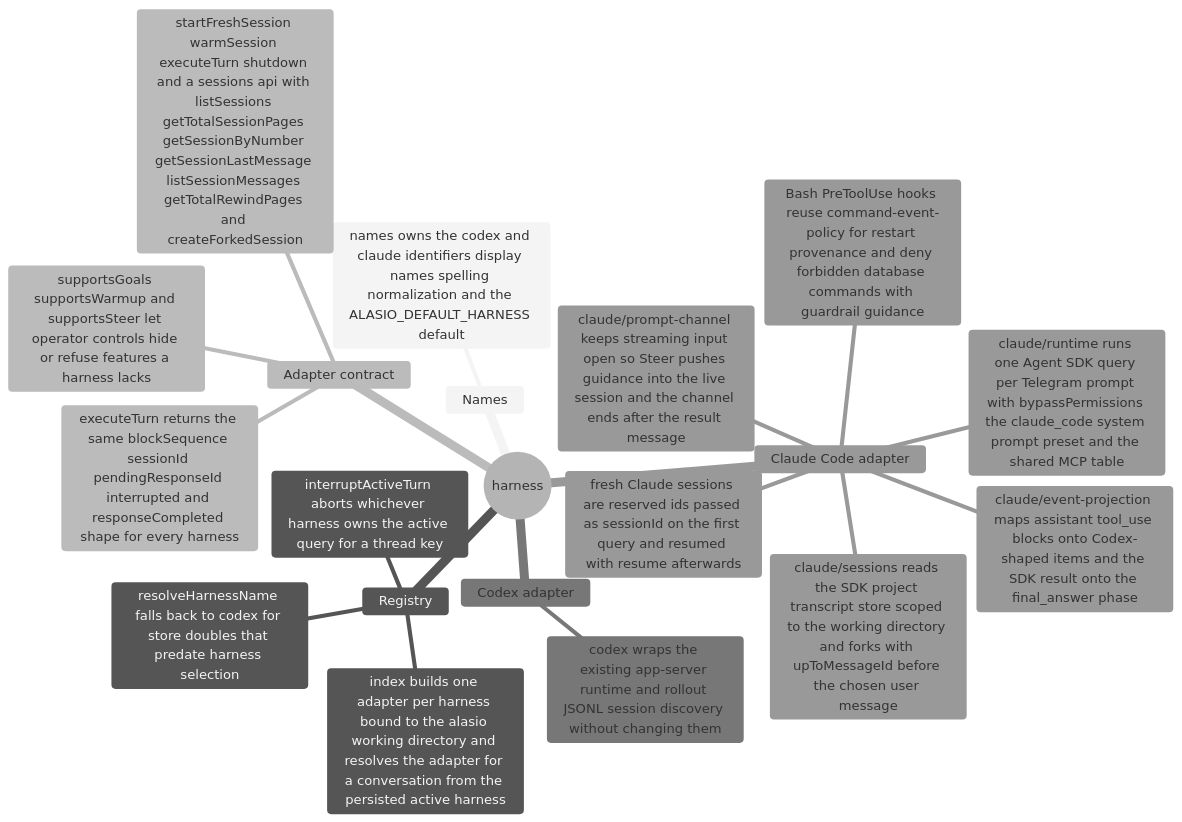
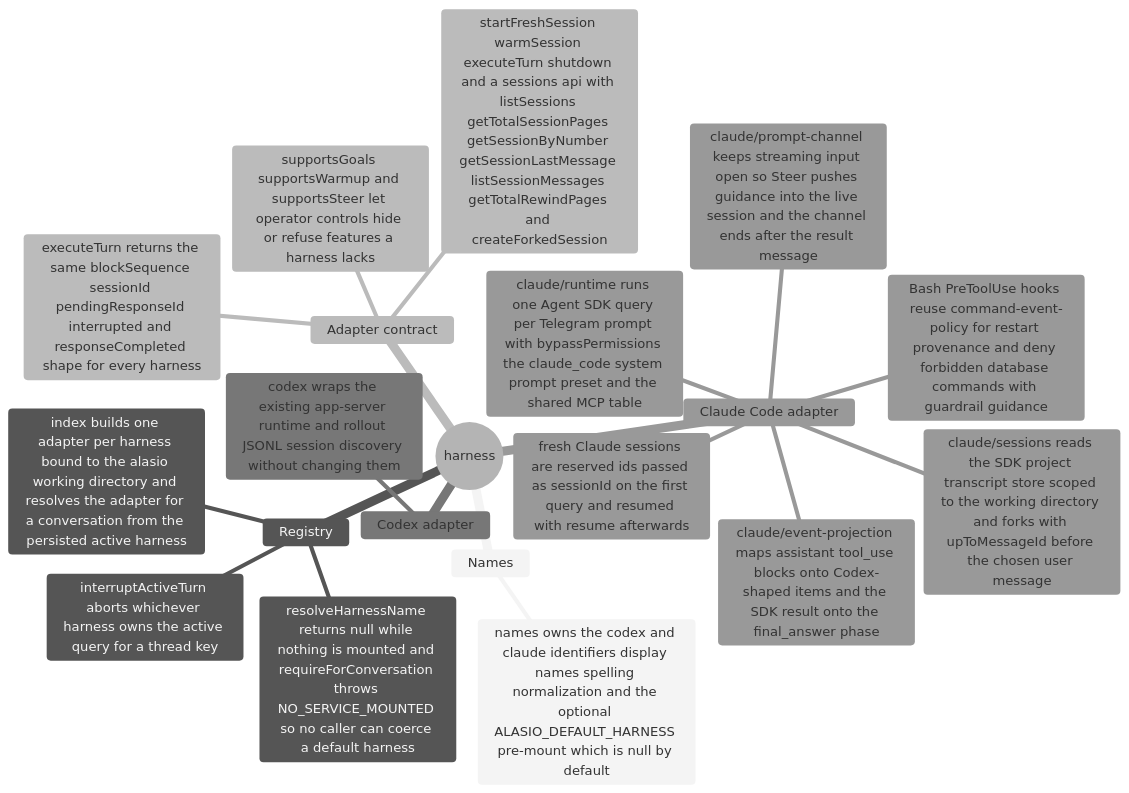
One commit to eaucoin/alasio changed the first of 3 diagrams in src/harness/README.md. Above: the diagram before and after it, drawn with Mermaid (neutral theme). The commit also changed other lines of this file and 19 other files, not shown here.

````diff
--- a/src/harness/README.md
+++ b/src/harness/README.md
@@ -2,23 +2,23 @@
 ```mermaid
 mindmap
   root((harness))
     Names
-      names owns the codex and claude identifiers display names spelling normalization and the ALASIO_DEFAULT_HARNESS default
+      names owns the codex and claude identifiers display names spelling normalization and the optional ALASIO_DEFAULT_HARNESS pre-mount which is null by default
     Registry
       index builds one adapter per harness bound to the alasio working directory and resolves the adapter for a conversation from the persisted active harness
-      resolveHarnessName falls back to codex for store doubles that predate harness selection
+      resolveHarnessName returns null while nothing is mounted and requireForConversation throws NO_SERVICE_MOUNTED so no caller can coerce a default harness
       interruptActiveTurn aborts whichever harness owns the active query for a thread key
     Adapter contract
       startFreshSession warmSession executeTurn shutdown and a sessions api with listSessions getTotalSessionPages getSessionByNumber getSessionLastMessage listSessionMessages getTotalRewindPages and createForkedSession
       supportsGoals supportsWarmup and supportsSteer let operator controls hide or refuse features a harness lacks
       executeTurn returns the same blockSequence sessionId pendingResponseId interrupted and responseCompleted shape for every harness
     Codex adapter
       codex wraps the existing app-server runtime and rollout JSONL session discovery without changing them
     Claude Code adapter
       claude/runtime runs one Agent SDK query per Telegram prompt with bypassPermissions the claude_code system prompt preset and the shared MCP table
       claude/prompt-channel keeps streaming input open so Steer pushes guidance into the live session and the channel ends after the result message
       claude/event-projection maps assistant tool_use blocks onto Codex-shaped items and the SDK result onto the final_answer phase
       claude/sessions reads the SDK project transcript store scoped to the working directory and forks with upToMessageId before the chosen user message
       fresh Claude sessions are reserved ids passed as sessionId on the first query and resumed with resume afterwards
       Bash PreToolUse hooks reuse command-event-policy for restart provenance and deny forbidden database commands with guardrail guidance
 ```
````
